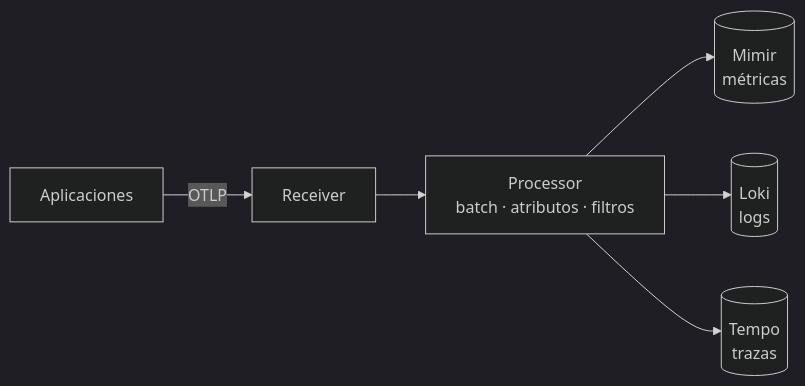
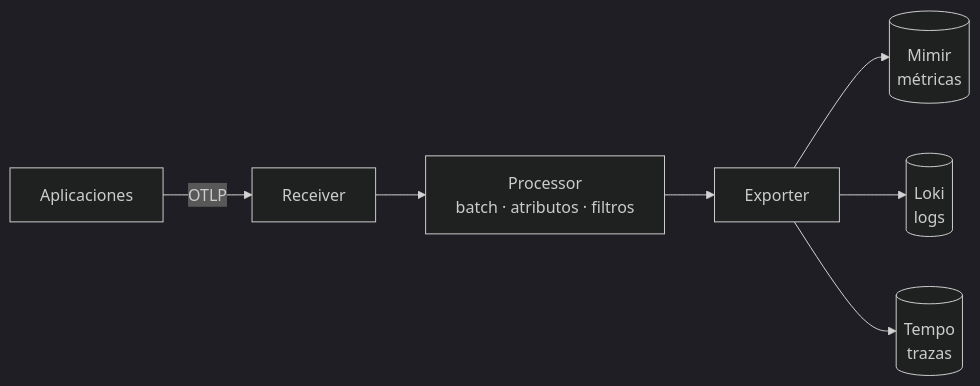
Before and after one commit to lucasdc6/tesis-demo-apps: the diagram in slides/docs/03-otel.md, drawn with Mermaid (dark theme). The commit also changed 7 other files, not shown here.

```diff
--- a/slides/docs/03-otel.md
+++ b/slides/docs/03-otel.md
@@ -33,8 +33,9 @@
 <div class="mermaid">
 flowchart LR
     A[Aplicaciones] -->|OTLP| R[Receiver]
     R --> P[Processor<br>batch · atributos · filtros]
-    P --> E1[(Mimir<br>métricas)]
-    P --> E2[(Loki<br>logs)]
-    P --> E3[(Tempo<br>trazas)]
+    P --> E[Exporter]
+    E --> E1[(Mimir<br>métricas)]
+    E --> E2[(Loki<br>logs)]
+    E --> E3[(Tempo<br>trazas)]
 </div>
```
